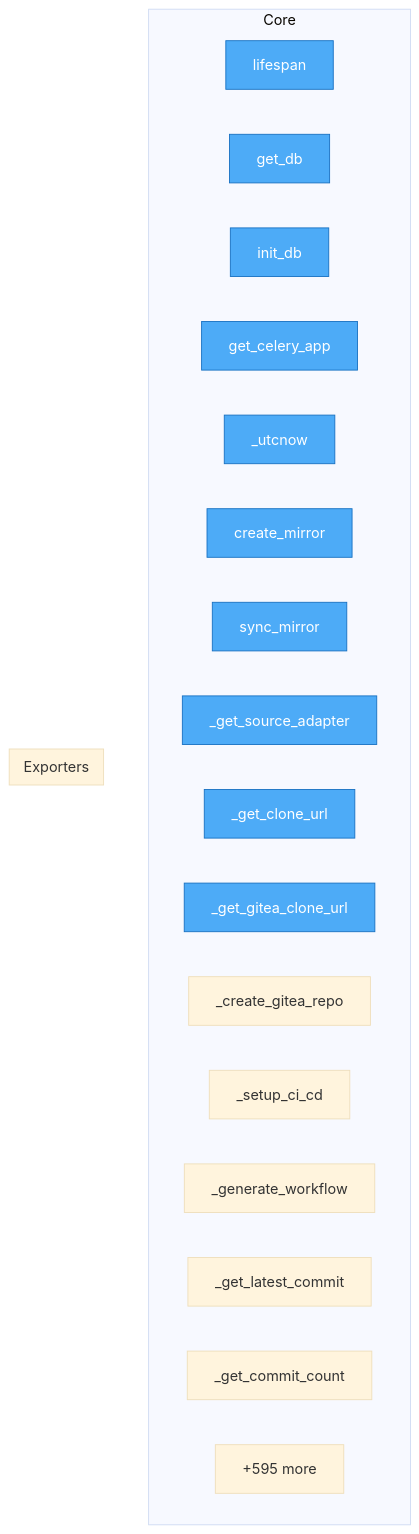
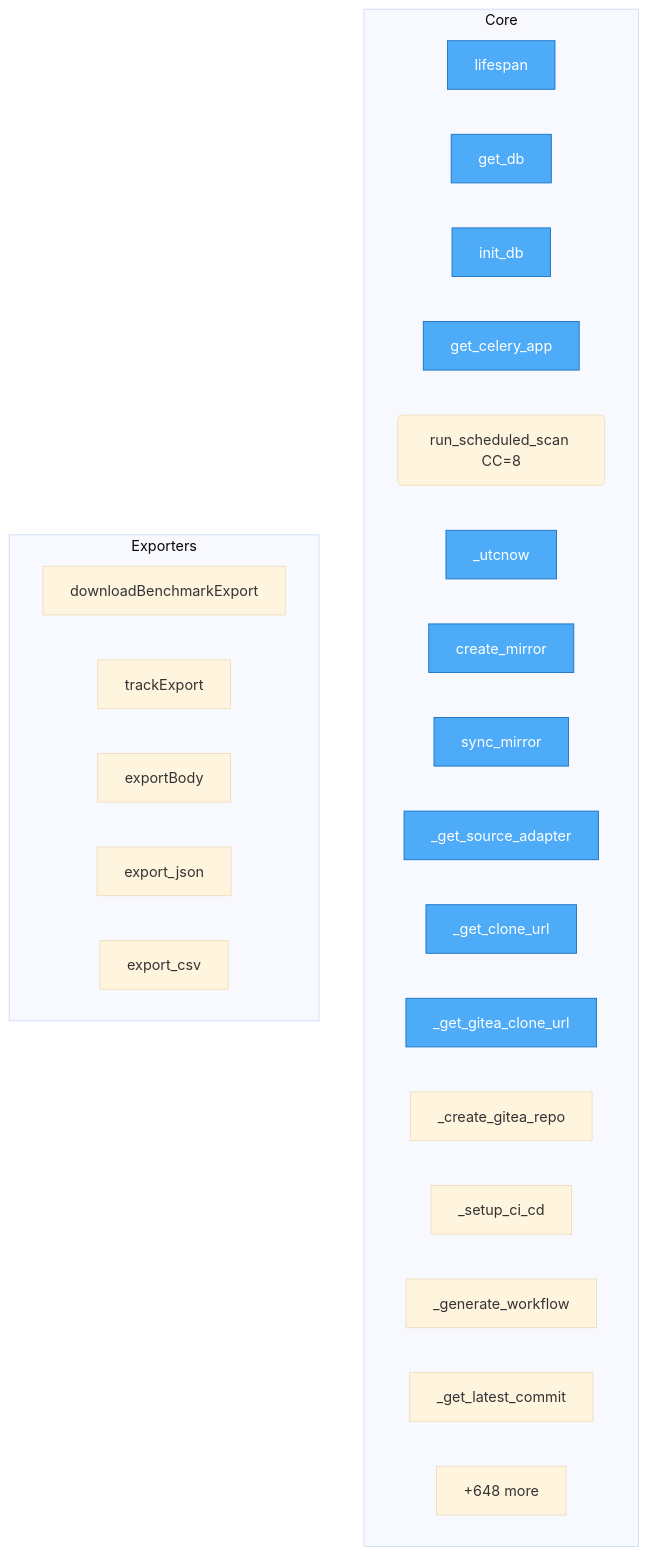
The diagram in project/flow.mmd (semcod/www), drawn with Mermaid (base theme) before and after one commit. The commit also changed 30 other files, not shown here.

```diff
--- a/project/flow.mmd
+++ b/project/flow.mmd
@@ -1,28 +1,33 @@
 flowchart TD
 
     %% Entry points (blue)
     classDef entry fill:#4dabf7,stroke:#1971c2,color:#fff
 
     subgraph Core
         backend__server__lifespan["lifespan"]
         backend__db_session__get_db["get_db"]
         backend__db_session__init_db["init_db"]
         backend__worker__get_celery_app["get_celery_app"]
+        backend__scheduler__scan_job__run_scheduled_scan("run_scheduled_scan CC=8")
         backend__db_models___utcnow["_utcnow"]
         backend__services__mirror__MirrorService__create_mirror["create_mirror"]
         backend__services__mirror__MirrorService__sync_mirror["sync_mirror"]
         backend__services__mirror__MirrorService___get_source_adapter["_get_source_adapter"]
         backend__services__mirror__MirrorService___get_clone_url["_get_clone_url"]
         backend__services__mirror__MirrorService___get_gitea_clone_url["_get_gitea_clone_url"]
         backend__services__mirror__MirrorService___create_gitea_repo["_create_gitea_repo"]
         backend__services__mirror__MirrorService___setup_ci_cd["_setup_ci_cd"]
         backend__services__mirror__MirrorService___generate_workflow["_generate_workflow"]
         backend__services__mirror__MirrorService___get_latest_commit["_get_latest_commit"]
-        backend__services__mirror__MirrorService___get_commit_count["_get_commit_count"]
-        ...["+595 more"]
+        ...["+648 more"]
     end
 
     subgraph Exporters
+        frontend__src__api__downloadBenchmarkExport["downloadBenchmarkExport"]
+        frontend__src__hooks__useBenchmarkTracking__trackExport["trackExport"]
+        frontend__e2e__benchmark__spec__exportBody["exportBody"]
+        backend__routers__benchmark__export_json["export_json"]
+        backend__routers__benchmark__export_csv["export_csv"]
     end
 
     class backend__server__lifespan,backend__db_session__get_db,backend__db_session__init_db,backend__worker__get_celery_app,backend__db_models___utcnow,backend__services__mirror__MirrorService__create_mirror,backend__services__mirror__MirrorService__sync_mirror,backend__services__mirror__MirrorService___get_source_adapter,backend__services__mirror__MirrorService___get_clone_url,backend__services__mirror__MirrorService___get_gitea_clone_url entry
```
